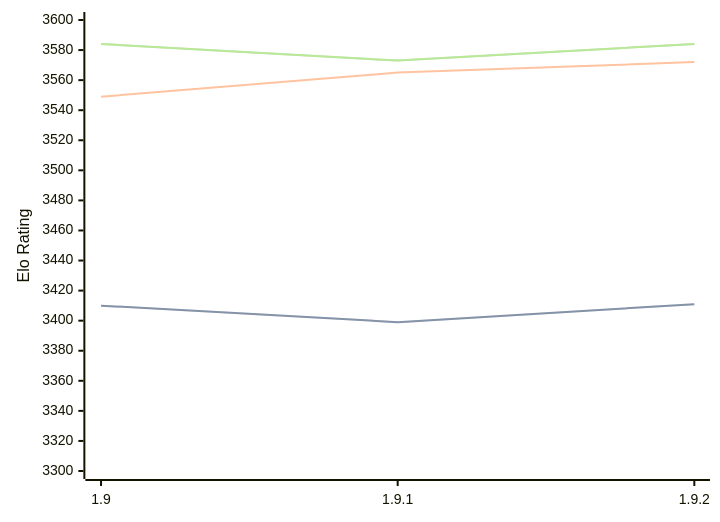
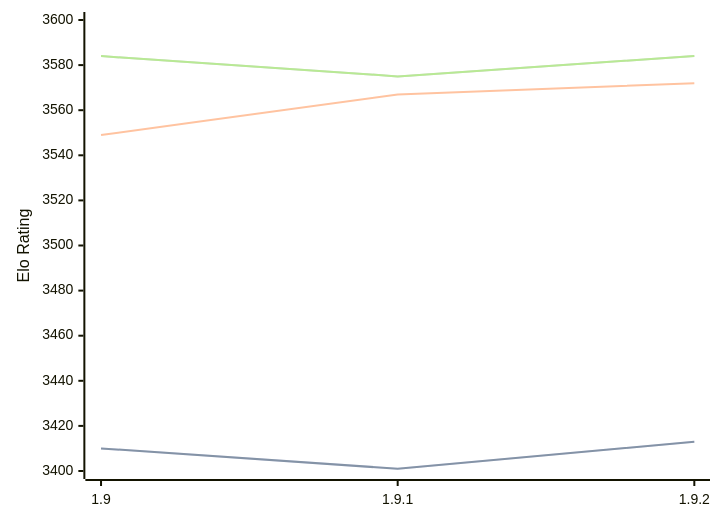
Before and after one commit to computer-chess-index/cci: the diagram in engines/Pawnocchio.md, drawn with Mermaid. The commit also changed other lines of this file, not shown here.

Commit message:
Update CCI Ratings (ELO VLTC) - 2026-04-24

````diff
--- a/engines/Pawnocchio.md
+++ b/engines/Pawnocchio.md
@@ -48,11 +48,11 @@
 ```mermaid
 %%{init: {"theme":"base","themeVariables":{"seriesColors:['#a3a3a3','#222221','#faa371']}}}%%
 xychart-beta
   x-axis ["1.9", "1.9.1", "1.9.2"]
-  y-axis "Elo Rating" 3300 --> 3600
-  line "STC (8.0+0.08s)" [3410, 3399, 3411]
-  line "STC (8.0+0.08s)" [3410, 3399, 3411]
-  line "LTC (60.0+0.60s)" [3549, 3565, 3572]
-  line "VLTC (2m24s+1.12s)" [3584, 3573, 3584]
-  line "VLTC (2m24s+1.12s)" [3584, 3573, 3584]
+  y-axis "Elo Rating" 3400 --> 3600
+  line "STC (8.0+0.08s)" [3410, 3401, 3413]
+  line "STC (8.0+0.08s)" [3410, 3401, 3413]
+  line "LTC (60.0+0.60s)" [3549, 3567, 3572]
+  line "VLTC (2m24s+1.12s)" [3584, 3575, 3584]
+  line "VLTC (2m24s+1.12s)" [3584, 3575, 3584]
 ```
````
